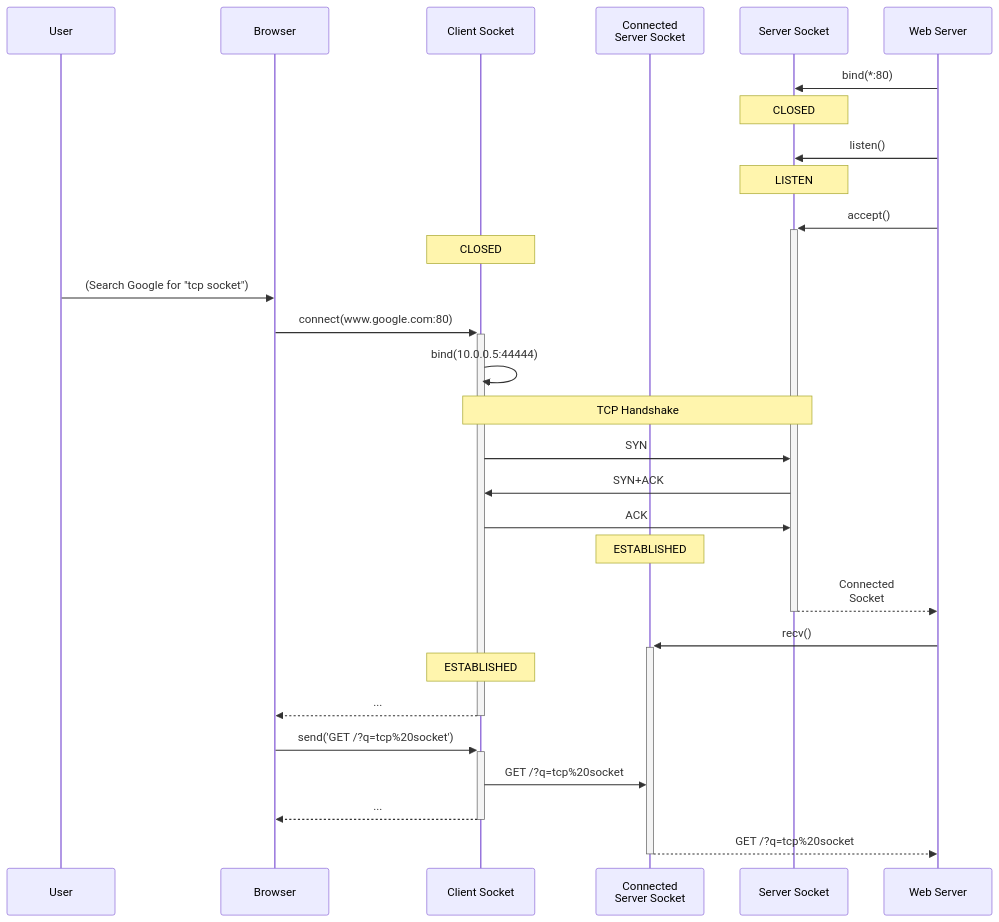
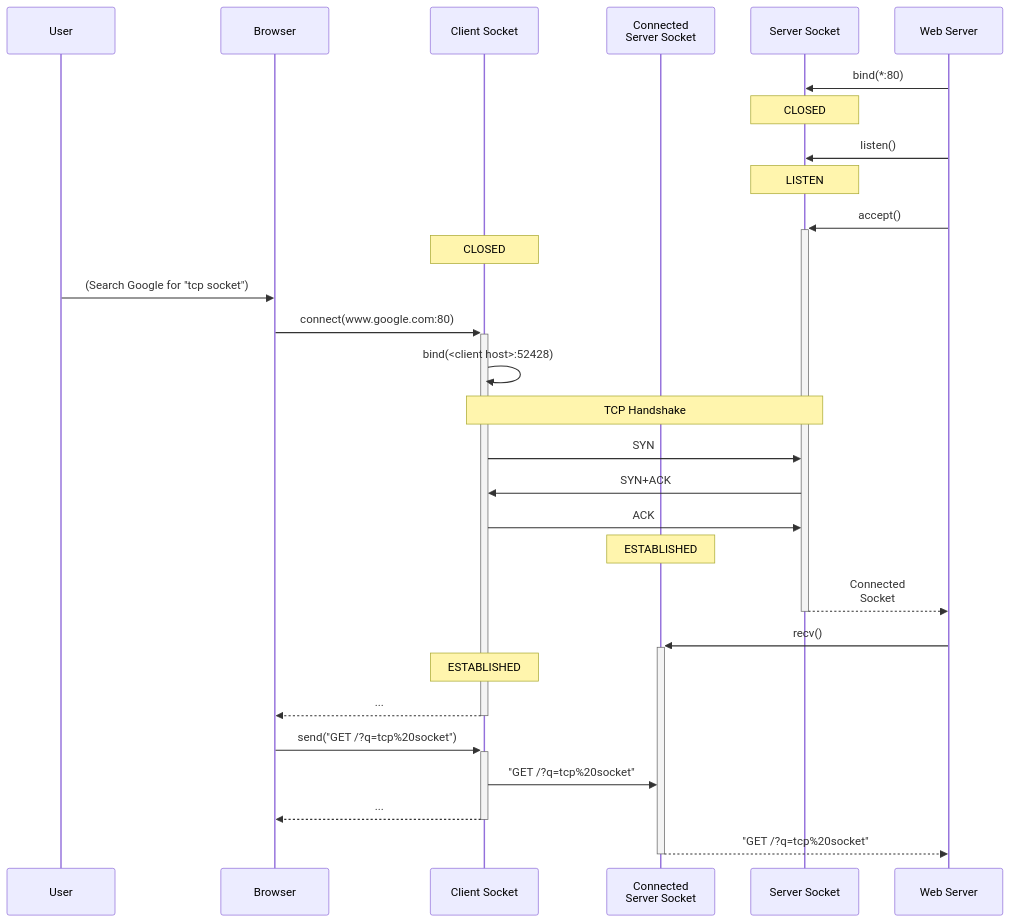
The fourth of 4 diagrams in README.md (roninbar/ip-tcp-http), drawn with Mermaid before and after one commit. The commit also changed other lines of this file, not shown here.

````diff
--- a/README.md
+++ b/README.md
@@ -247,31 +253,31 @@
 ```mermaid
 sequenceDiagram
 participant user as User
 participant client as Browser
 participant csocket as Client Socket
 participant ssocket2 as Connected <br/> Server Socket
 participant ssocket as Server Socket
 participant server as Web Server
 server->>ssocket: bind(*:80)
 Note over ssocket: CLOSED
 server->>ssocket: listen()
 Note over ssocket: LISTEN
 server->>+ssocket: accept()
 Note over csocket: CLOSED
 user->>client: (Search Google for "tcp socket")
 client->>+csocket: connect(www.google.com:80)
-csocket->>csocket: bind(10.0.0.5:44444)
+csocket->>csocket: bind(<client host>:52428)
 Note over csocket,ssocket: TCP Handshake
 csocket->>ssocket: SYN
 ssocket->>csocket: SYN+ACK
 csocket->>ssocket: ACK
 Note over ssocket2: ESTABLISHED
 ssocket-->>-server: Connected<br/>Socket
 server->>+ssocket2: recv()
 Note over csocket: ESTABLISHED
 csocket-->>-client: ...
-client->>+csocket: send('GET /?q=tcp%20socket')
-csocket->>ssocket2: GET /?q=tcp%20socket
+client->>+csocket: send("GET /?q=tcp%20socket")
+csocket->>ssocket2: "GET /?q=tcp%20socket"
 csocket-->>-client: ...
-ssocket2-->>-server: GET /?q=tcp%20socket
+ssocket2-->>-server: "GET /?q=tcp%20socket"
 ```
````
